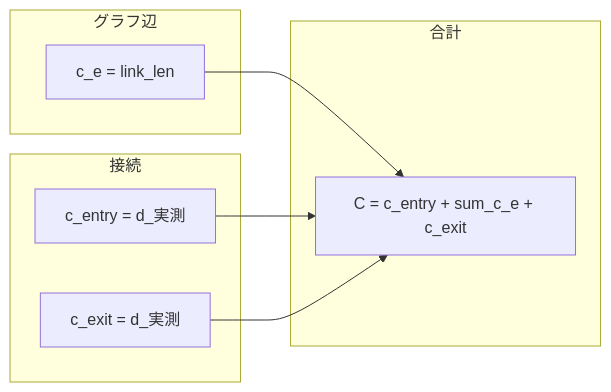
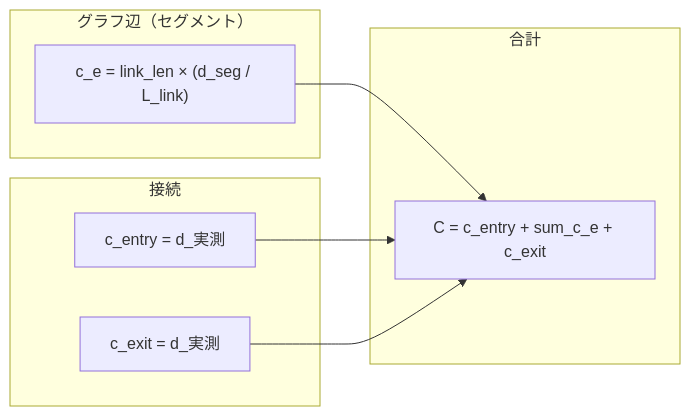
One commit to matrix9neonebuchadnezzar2199-sketch/QNEAT3 changed the first of 2 diagrams in docs/COST_FORMULAS.md. Above: the diagram before and after it, drawn with Mermaid. The commit also changed other lines of this file and 19 other files, not shown here.

First line of the commit message:
fix(neo): prorate link_len per graph segment edge (root cause of inflated costs)

````diff
--- a/docs/COST_FORMULAS.md
+++ b/docs/COST_FORMULAS.md
@@ -24,16 +26,16 @@
 ```mermaid
 flowchart LR
-  subgraph edge [グラフ辺]
-    E["c_e = link_len"]
+  subgraph edge [グラフ辺（セグメント）]
+    E["c_e = link_len × (d_seg / L_link)"]
   end
   subgraph conn [接続]
     EN["c_entry = d_実測"]
     EX["c_exit = d_実測"]
   end
   subgraph total [合計]
     T["C = c_entry + sum_c_e + c_exit"]
   end
   E --> T
   EN --> T
   EX --> T
 ```
````
